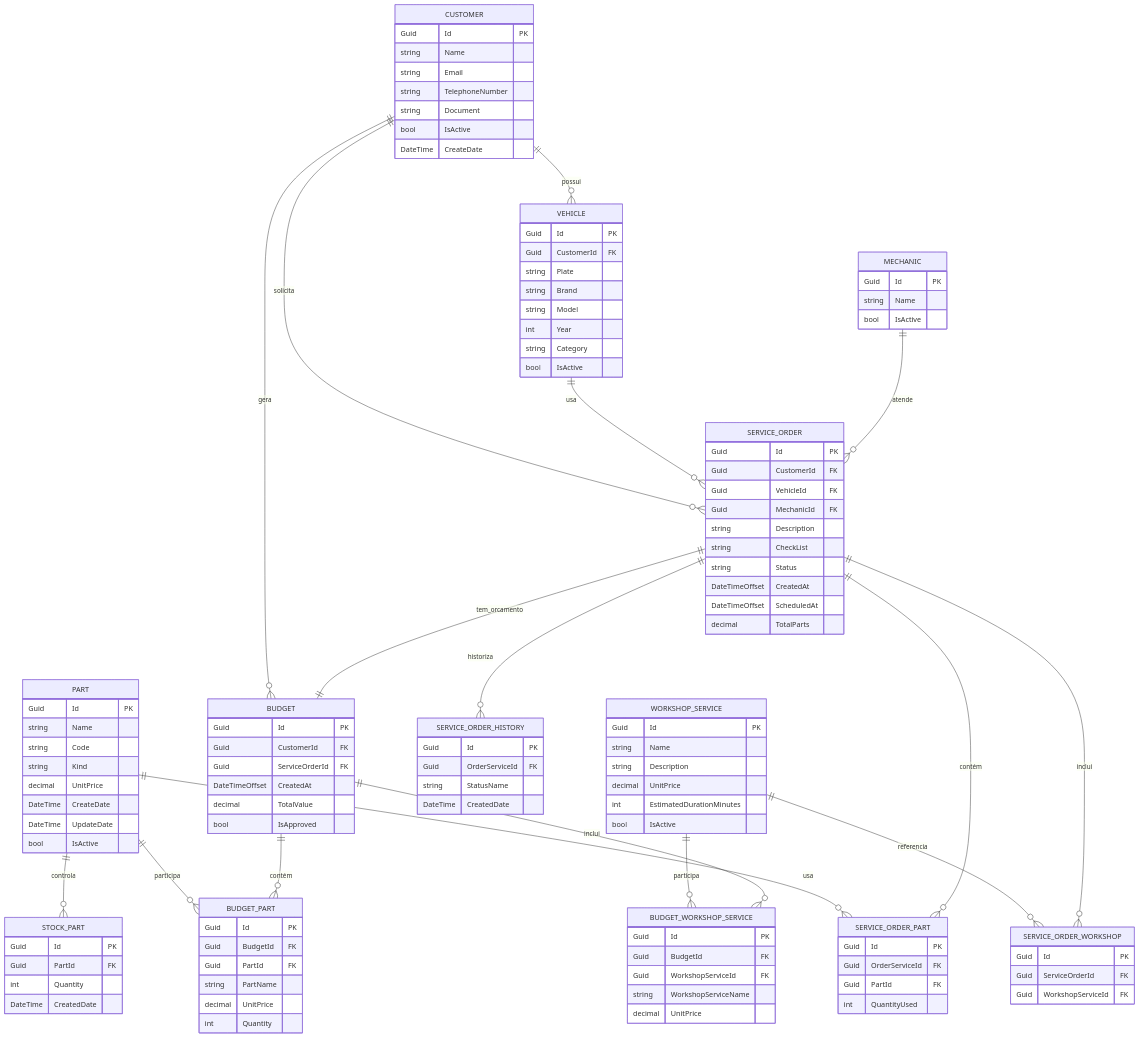
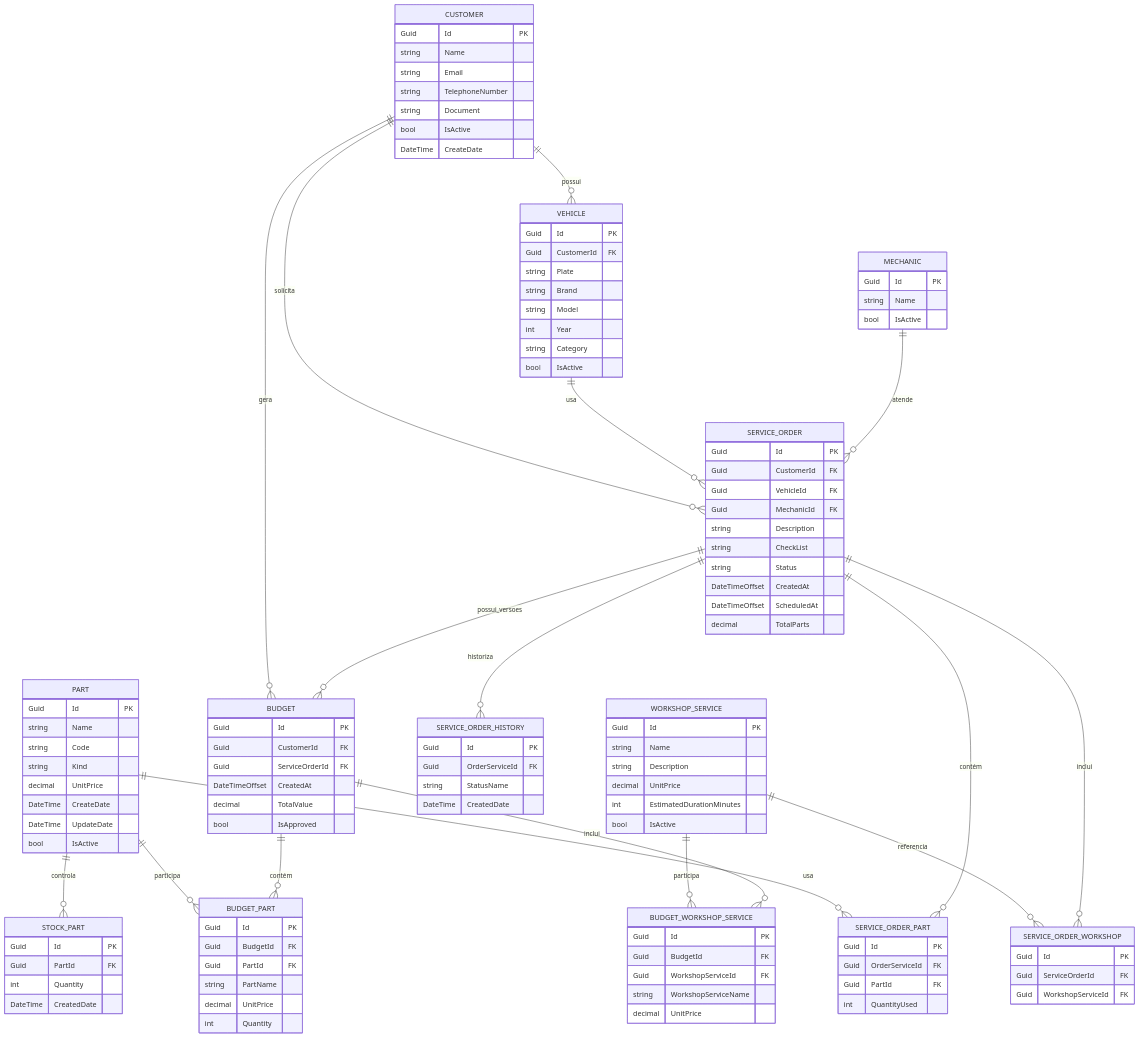
The diagram in README.md (thierryiago/SOAT-Fase-1-Lil-Golden-Hammer), drawn with Mermaid before and after one commit. The commit also changed other lines of this file and 5 other files, not shown here.

````diff
--- a/README.md
+++ b/README.md
@@ -491,5 +501,5 @@
     WORKSHOP_SERVICE ||--o{ BUDGET_WORKSHOP_SERVICE : participa
     BUDGET ||--o{ BUDGET_WORKSHOP_SERVICE : inclui
 
-    SERVICE_ORDER ||--|| BUDGET : tem_orcamento
+    SERVICE_ORDER ||--o{ BUDGET : possui_versoes
 ```
````
